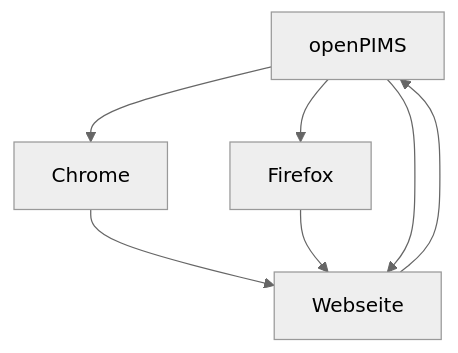
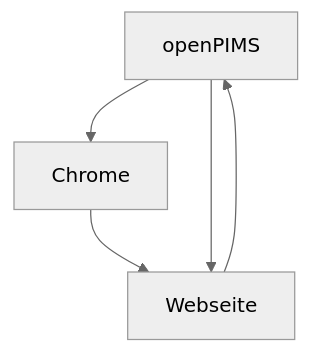
One commit to openpims/openpims changed the diagram in README.md. Above: the diagram before and after it, drawn with Mermaid (neutral theme).

````diff
--- a/README.md
+++ b/README.md
@@ -8,9 +8,7 @@
 ```mermaid
   graph TD;
       openPIMS-->Chrome;
-      openPIMS-->Firefox;
       Chrome-->Webseite;
-      Firefox-->Webseite;
       Webseite-->openPIMS;
       openPIMS-->Webseite;
 ```
````
